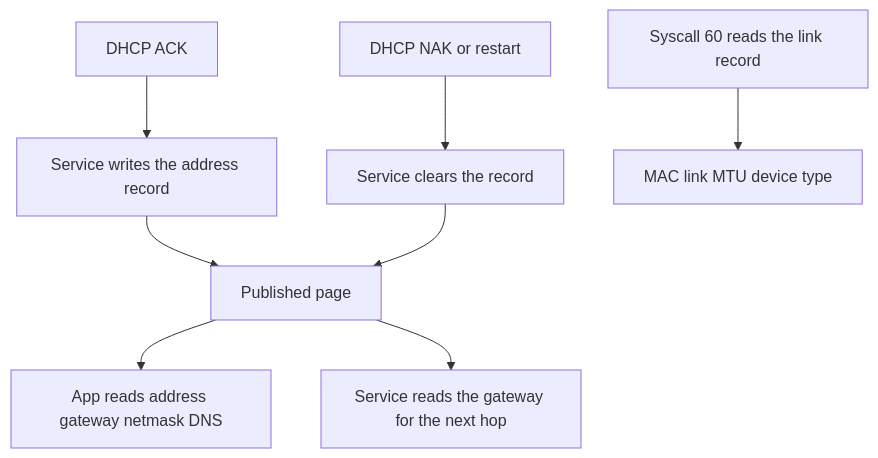
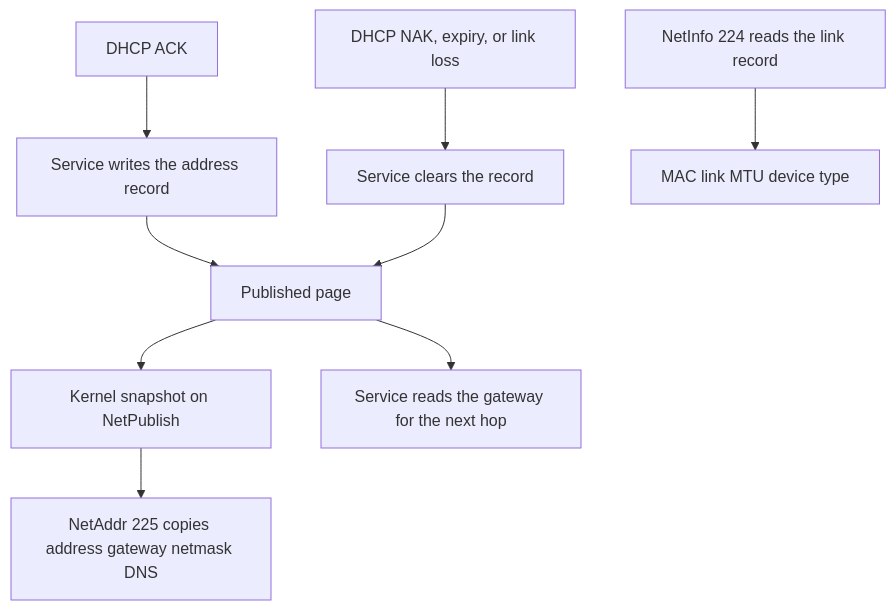
The ninth of 9 diagrams in projects/harland/docs/RING2_NET.md (ritz-lang/rz), drawn with Mermaid before and after one commit. The commit also changed other lines of this file and 2 other files, not shown here.

````diff
--- a/projects/harland/docs/RING2_NET.md
+++ b/projects/harland/docs/RING2_NET.md
@@ -276,10 +337,11 @@
 ```mermaid
 flowchart TB
   ack[DHCP ACK] --> write[Service writes the address record]
-  nak[DHCP NAK or restart] --> clear[Service clears the record]
+  nak[DHCP NAK, expiry, or link loss] --> clear[Service clears the record]
   write --> page[Published page]
   clear --> page
-  page --> reader[App reads address gateway netmask DNS]
+  page --> snap[Kernel snapshot on NetPublish]
+  snap --> reader[NetAddr 225 copies address gateway netmask DNS]
   page --> route[Service reads the gateway for the next hop]
-  link[Syscall 60 reads the link record] --> mac[MAC link MTU device type]
+  link[NetInfo 224 reads the link record] --> mac[MAC link MTU device type]
 ```
````
